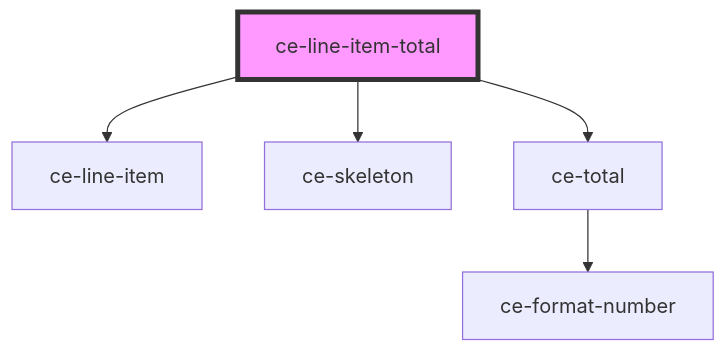
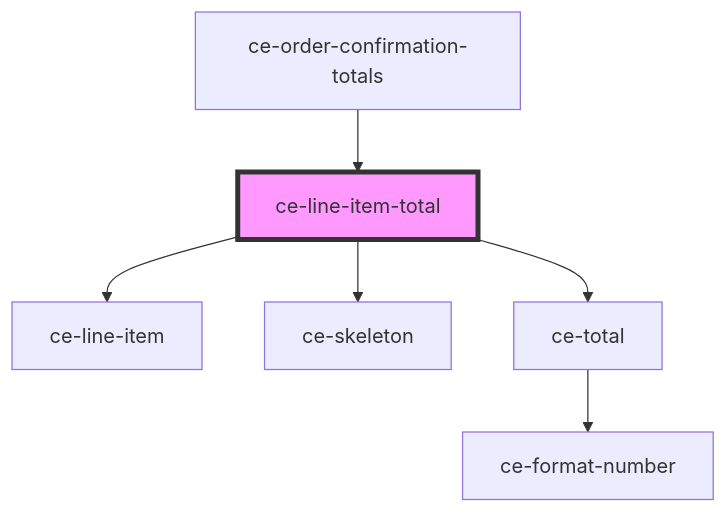
The diagram in packages/components/src/components/controllers/line-item-total/readme.md (surecart/surecart-wp-plugin), drawn with Mermaid before and after one commit. The commit also changed other lines of this file and 56 other files, not shown here.

````diff
--- a/packages/components/src/components/controllers/line-item-total/readme.md
+++ b/packages/components/src/components/controllers/line-item-total/readme.md
@@ -28,8 +32,9 @@
 ```mermaid
 graph TD;
   ce-line-item-total --> ce-line-item
   ce-line-item-total --> ce-skeleton
   ce-line-item-total --> ce-total
   ce-total --> ce-format-number
+  ce-order-confirmation-totals --> ce-line-item-total
   style ce-line-item-total fill:#f9f,stroke:#333,stroke-width:4px
 ```
````
